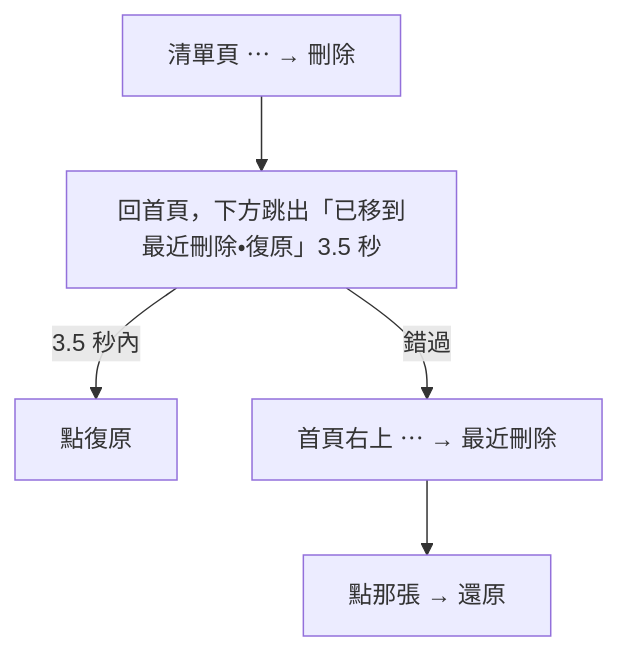
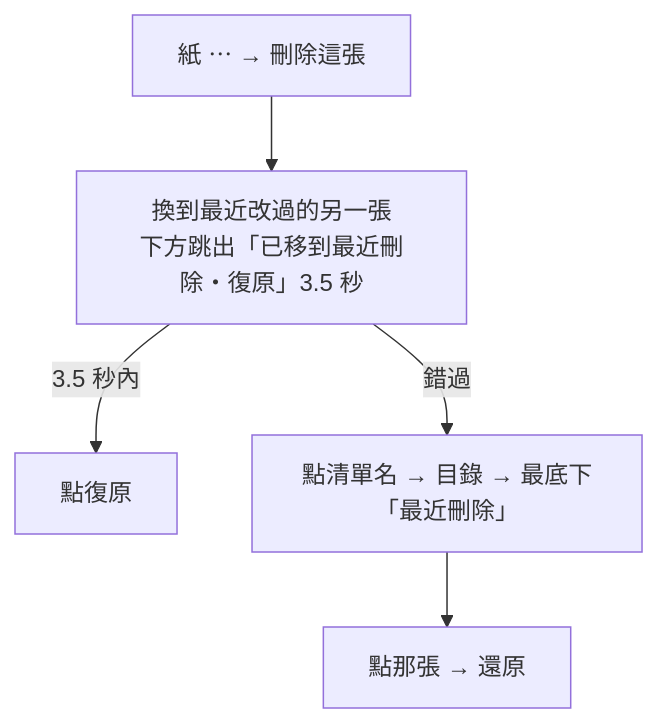
The fifth of 7 diagrams in .uiux/02-流程-暫定.md (domyweb666/qieji-app), drawn with Mermaid before and after one commit. The commit also changed other lines of this file and 9 other files, not shown here.

````diff
--- a/.uiux/02-流程-暫定.md
+++ b/.uiux/02-流程-暫定.md
@@ -90,7 +95,7 @@
 ```mermaid
 flowchart TD
-  A[清單頁 ⋯ → 刪除] --> B[回首頁，下方跳出「已移到最近刪除・復原」3.5 秒]
+  A[紙 ⋯ → 刪除這張] --> B[換到最近改過的另一張<br>下方跳出「已移到最近刪除・復原」3.5 秒]
   B -- 3.5 秒內 --> C[點復原]
-  B -- 錯過 --> D[首頁右上 ⋯ → 最近刪除]
+  B -- 錯過 --> D[點清單名 → 目錄 → 最底下「最近刪除」]
   D --> E[點那張 → 還原]
 ```
````
